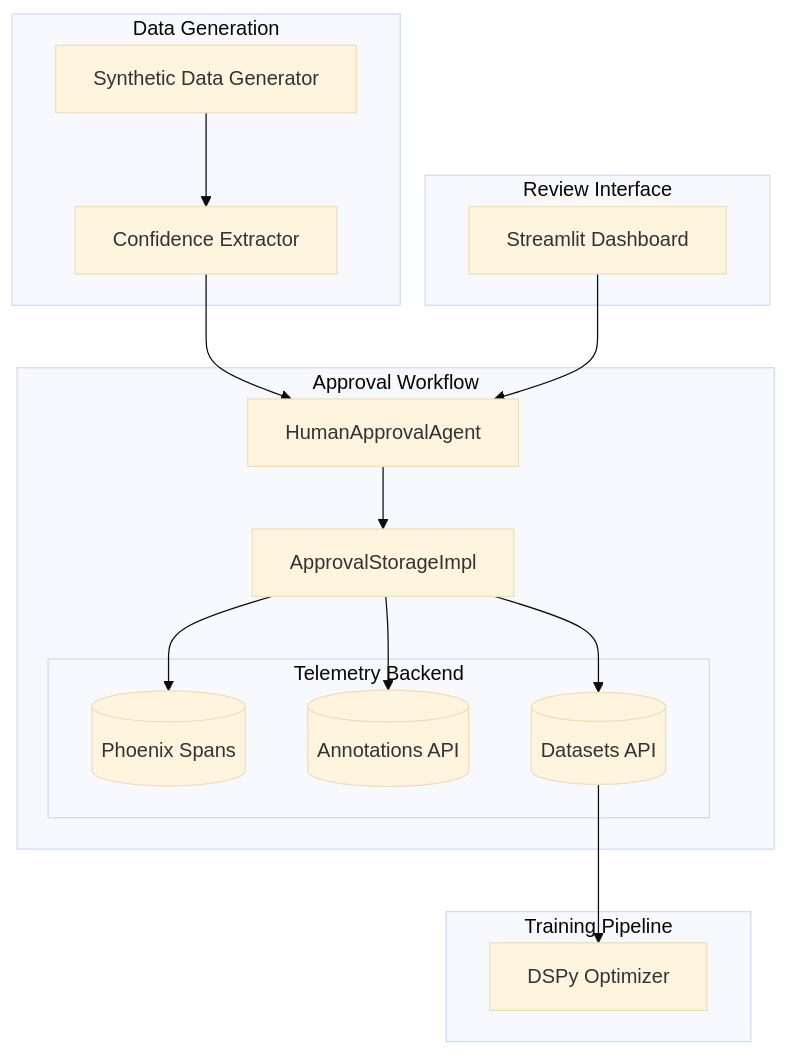
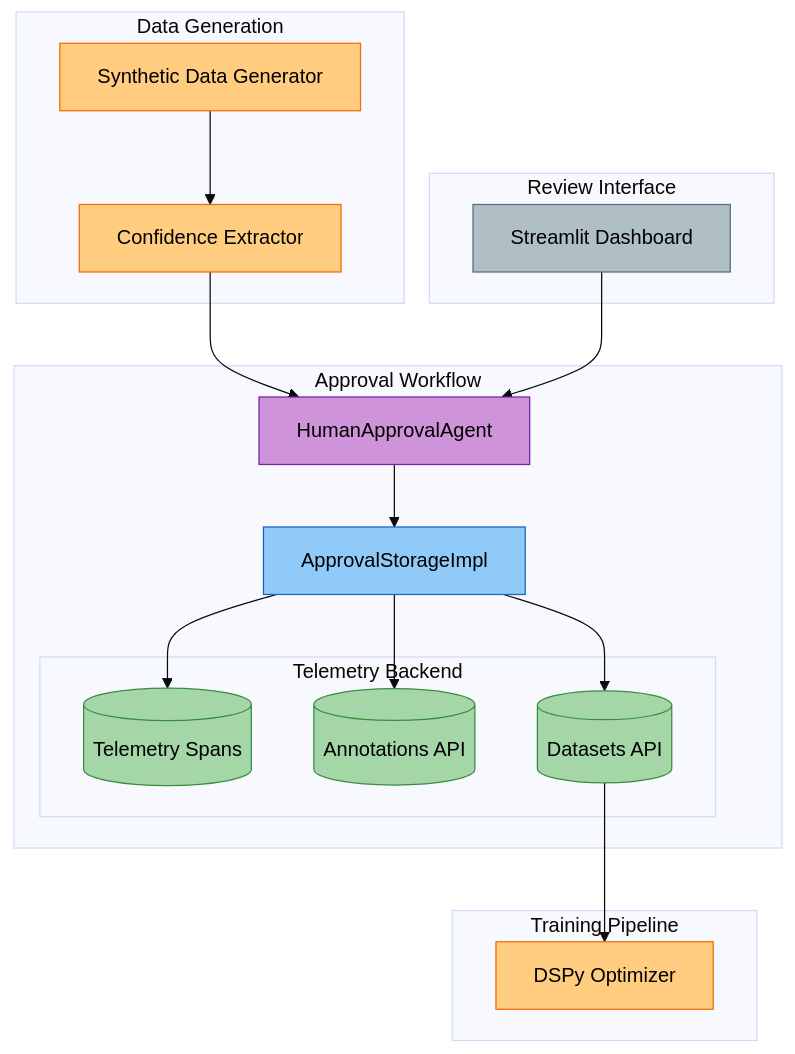
The first of 2 diagrams in docs/modules/approval-workflow.md (amit-jain/cogniverse), drawn with Mermaid (base theme) before and after one commit. The commit also changed other lines of this file and 83 other files, not shown here.

First line of the commit message:
Fix documentation veracity, formatting, and diagrams across all modules

````diff
--- a/docs/modules/approval-workflow.md
+++ b/docs/modules/approval-workflow.md
@@ -21,36 +20,46 @@
 ```mermaid
-graph TB
+flowchart TB
     subgraph "Data Generation"
-        SyntheticGen[Synthetic Data Generator]
-        Extractor[Confidence Extractor]
+        SyntheticGen["<span style='color:#000'>Synthetic Data Generator</span>"]
+        Extractor["<span style='color:#000'>Confidence Extractor</span>"]
         SyntheticGen --> Extractor
     end
 
     subgraph "Approval Workflow"
-        ApprovalAgent[HumanApprovalAgent]
-        Storage[ApprovalStorageImpl]
+        ApprovalAgent["<span style='color:#000'>HumanApprovalAgent</span>"]
+        Storage["<span style='color:#000'>ApprovalStorageImpl</span>"]
 
         Extractor --> ApprovalAgent
         ApprovalAgent --> Storage
 
         subgraph "Telemetry Backend"
-            Spans[(Phoenix Spans)]
-            Annotations[(Annotations API)]
-            Datasets[(Datasets API)]
+            Spans[("<span style='color:#000'>Telemetry Spans</span>")]
+            Annotations[("<span style='color:#000'>Annotations API</span>")]
+            Datasets[("<span style='color:#000'>Datasets API</span>")]
         end
 
         Storage --> Spans
         Storage --> Annotations
         Storage --> Datasets
     end
 
     subgraph "Review Interface"
-        Dashboard[Streamlit Dashboard]
+        Dashboard["<span style='color:#000'>Streamlit Dashboard</span>"]
         Dashboard --> ApprovalAgent
     end
 
     subgraph "Training Pipeline"
-        Optimizer[DSPy Optimizer]
+        Optimizer["<span style='color:#000'>DSPy Optimizer</span>"]
         Datasets --> Optimizer
     end
+
+    style SyntheticGen fill:#ffcc80,stroke:#ef6c00,color:#000
+    style Extractor fill:#ffcc80,stroke:#ef6c00,color:#000
+    style ApprovalAgent fill:#ce93d8,stroke:#7b1fa2,color:#000
+    style Storage fill:#90caf9,stroke:#1565c0,color:#000
+    style Spans fill:#a5d6a7,stroke:#388e3c,color:#000
+    style Annotations fill:#a5d6a7,stroke:#388e3c,color:#000
+    style Datasets fill:#a5d6a7,stroke:#388e3c,color:#000
+    style Dashboard fill:#b0bec5,stroke:#546e7a,color:#000
+    style Optimizer fill:#ffcc80,stroke:#ef6c00,color:#000
 ```
````
